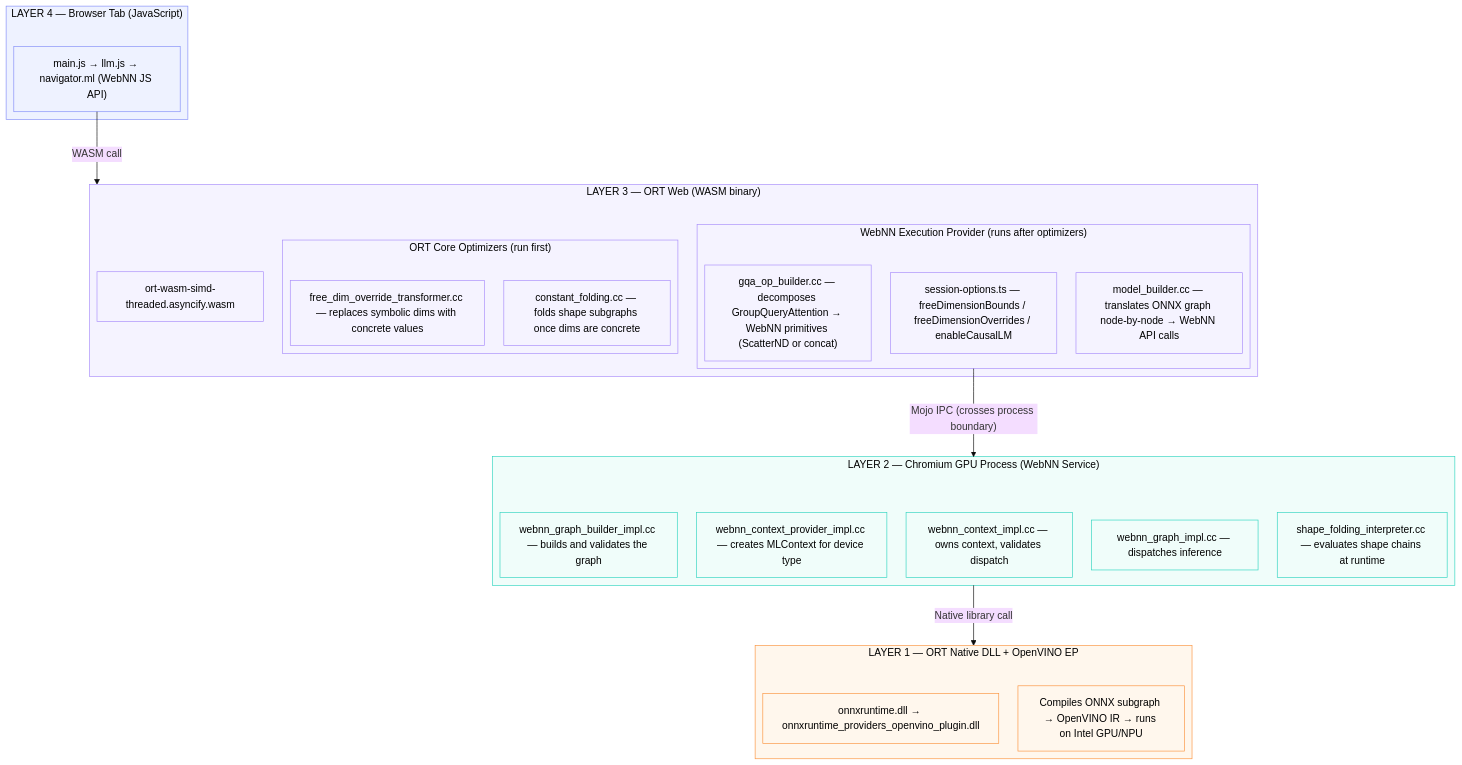
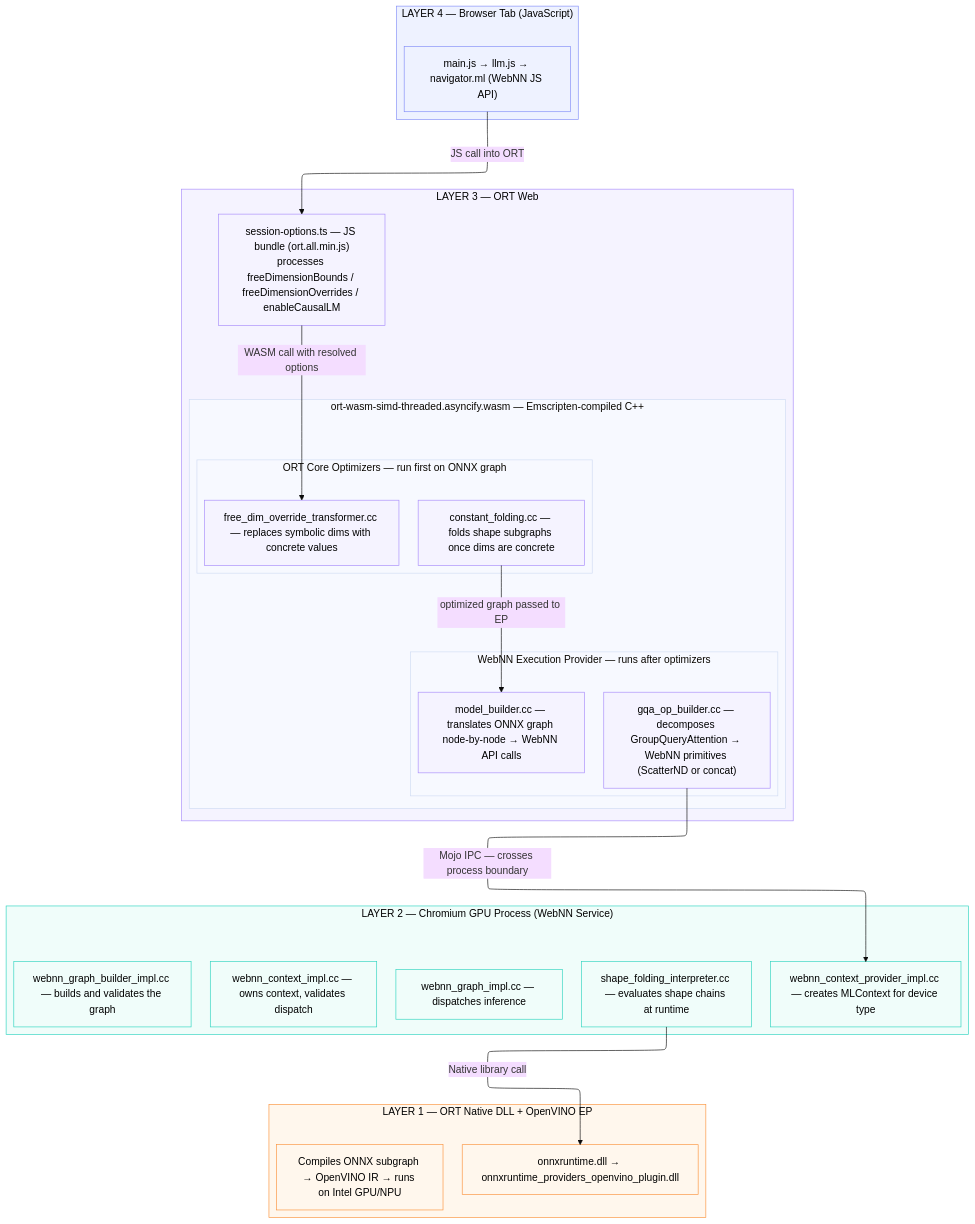
One commit to arisha07/webnn-developer-preview-genai changed the diagram in docs/webnn-text-generation-architecture.md. Above: the diagram before and after it, drawn with Mermaid (base theme). The commit also changed other lines of this file, not shown here.

````diff
--- a/docs/webnn-text-generation-architecture.md
+++ b/docs/webnn-text-generation-architecture.md
@@ -16,52 +14,57 @@
 ```mermaid
 ---
 config:
   layout: elk
+  elk:
+    nodePlacementStrategy: SIMPLE
 ---
 flowchart TB
     subgraph L4["LAYER 4 — Browser Tab (JavaScript)"]
         L4A["main.js → llm.js → navigator.ml (WebNN JS API)"]
     end
 
-    subgraph L3["LAYER 3 — ORT Web (WASM binary)"]
-        L3A["ort-wasm-simd-threaded.asyncify.wasm"]
-        subgraph L3ORT["ORT Core Optimizers (run first)"]
-            L3B["free_dim_override_transformer.cc — replaces symbolic dims with concrete values"]
-            L3C["constant_folding.cc — folds shape subgraphs once dims are concrete"]
-        end
-        subgraph L3EP["WebNN Execution Provider (runs after optimizers)"]
-            L3D["session-options.ts — freeDimensionBounds / freeDimensionOverrides / enableCausalLM"]
-            L3E["model_builder.cc — translates ONNX graph node-by-node → WebNN API calls"]
-            L3F["gqa_op_builder.cc — decomposes GroupQueryAttention → WebNN primitives (ScatterND or concat)"]
+    subgraph L3["LAYER 3 — ORT Web"]
+        L3JS["session-options.ts — JS bundle (ort.all.min.js)
+processes freeDimensionBounds / freeDimensionOverrides / enableCausalLM"]
+        subgraph L3WASM["ort-wasm-simd-threaded.asyncify.wasm — Emscripten-compiled C++"]
+            subgraph L3ORT["ORT Core Optimizers — run first on ONNX graph"]
+                L3B["free_dim_override_transformer.cc — replaces symbolic dims with concrete values"]
+                L3C["constant_folding.cc — folds shape subgraphs once dims are concrete"]
+            end
+            subgraph L3EP["WebNN Execution Provider — runs after optimizers"]
+                L3E["model_builder.cc — translates ONNX graph node-by-node → WebNN API calls"]
+                L3F["gqa_op_builder.cc — decomposes GroupQueryAttention → WebNN primitives (ScatterND or concat)"]
+            end
         end
     end
 
     subgraph L2["LAYER 2 — Chromium GPU Process (WebNN Service)"]
         L2A["webnn_context_provider_impl.cc — creates MLContext for device type"]
         L2B["webnn_context_impl.cc — owns context, validates dispatch"]
         L2C["webnn_graph_builder_impl.cc — builds and validates the graph"]
         L2D["webnn_graph_impl.cc — dispatches inference"]
         L2E["shape_folding_interpreter.cc — evaluates shape chains at runtime"]
     end
 
     subgraph L1["LAYER 1 — ORT Native DLL + OpenVINO EP"]
         L1A["onnxruntime.dll → onnxruntime_providers_openvino_plugin.dll"]
         L1B["Compiles ONNX subgraph → OpenVINO IR → runs on Intel GPU/NPU"]
     end
 
-    L4A -->|"WASM call"| L3
-    L3EP -->|"Mojo IPC (crosses process boundary)"| L2
-    L2 -->|"Native library call"| L1
+    L4A    -->|"JS call into ORT"| L3JS
+    L3JS   -->|"WASM call with resolved options"| L3B
+    L3C    -->|"optimized graph passed to EP"| L3E
+    L3F    -->|"Mojo IPC — crosses process boundary"| L2A
+    L2E    -->|"Native library call"| L1A
 
-    %% styling with enforced black text
     classDef layer4 stroke:#818cf8,fill:#eef2ff,color:#000;
     classDef layer3 stroke:#a78bfa,fill:#f5f3ff,color:#000;
     classDef layer2 stroke:#2dd4bf,fill:#f0fdfa,color:#000;
     classDef layer1 stroke:#fb923c,fill:#fff7ed,color:#000;
     classDef default stroke:#000,fill:#fff,color:#000;
 
     class L4,L4A layer4
-    class L3,L3A,L3ORT,L3B,L3C,L3EP,L3D,L3E,L3F layer3
+    class L3,L3JS,L3B,L3C,L3E,L3F layer3
     class L2,L2A,L2B,L2C,L2D,L2E layer2
     class L1,L1A,L1B layer1
 ```
````
